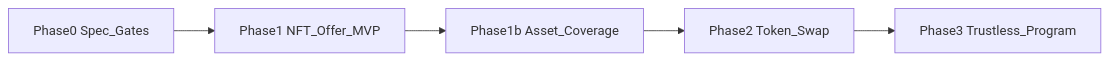
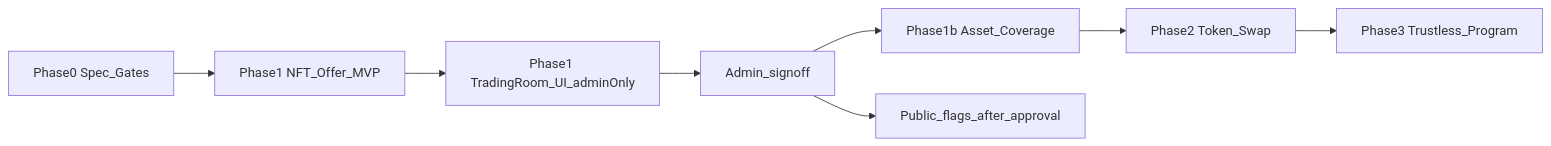
Before and after one commit to lostdev11/owltopia-raffle: the first of 2 diagrams in docs/OWLSWAP_PLAN.md, drawn with Mermaid. The commit also changed other lines of this file, not shown here.

First line of the commit message:
docs(owl-swap): Trading Room UI plan with admin-first testing

````diff
--- a/docs/OWLSWAP_PLAN.md
+++ b/docs/OWLSWAP_PLAN.md
@@ -44,7 +49,10 @@
 ```mermaid
 flowchart LR
   P0[Phase0 Spec_Gates] --> P1[Phase1 NFT_Offer_MVP]
-  P1 --> P1b[Phase1b Asset_Coverage]
+  P1 --> P1ui[Phase1 TradingRoom_UI_adminOnly]
+  P1ui --> P1signoff[Admin_signoff]
+  P1signoff --> P1b[Phase1b Asset_Coverage]
   P1b --> P2[Phase2 Token_Swap]
   P2 --> P3[Phase3 Trustless_Program]
+  P1signoff --> PublicLaunch[Public_flags_after_approval]
 ```
````
